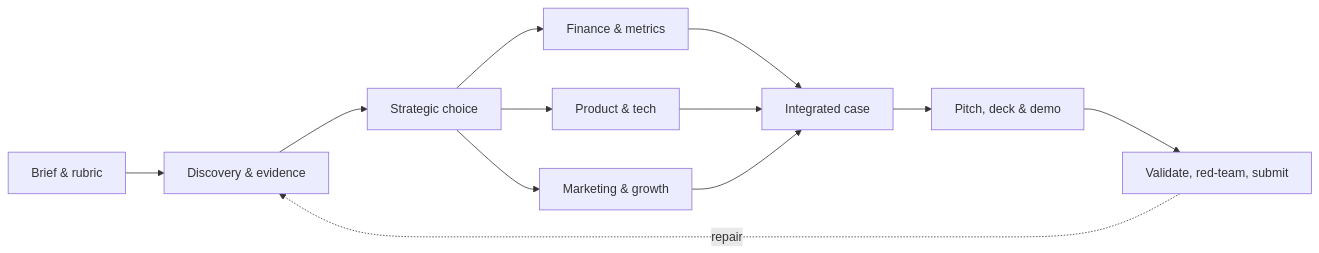
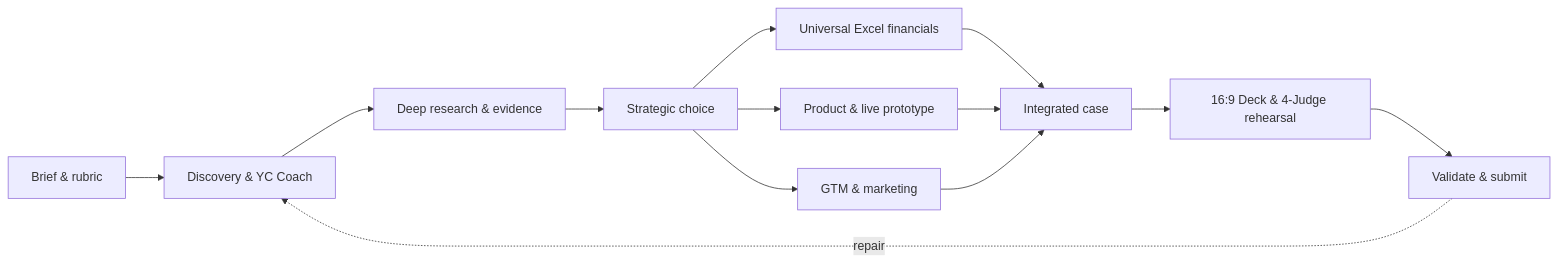
The diagram in README.md (Faeif/casekit), drawn with Mermaid before and after one commit. The commit also changed other lines of this file and 92 other files, not shown here.

````diff
--- a/README.md
+++ b/README.md
@@ -57,12 +61,13 @@
 ```mermaid
 flowchart LR
-    A[Brief & rubric] --> B[Discovery & evidence]
-    B --> C[Strategic choice]
-    C --> D[Finance & metrics]
-    C --> E[Product & tech]
-    C --> F[Marketing & growth]
-    D & E & F --> G[Integrated case]
-    G --> H[Pitch, deck & demo]
-    H --> I[Validate, red-team, submit]
-    I -. repair .-> B
+    A[Brief & rubric] --> B[Discovery & YC Coach]
+    B --> C[Deep research & evidence]
+    C --> D[Strategic choice]
+    D --> E[Universal Excel financials]
+    D --> F[Product & live prototype]
+    D --> G[GTM & marketing]
+    E & F & G --> H[Integrated case]
+    H --> I[16:9 Deck & 4-Judge rehearsal]
+    I --> J[Validate & submit]
+    J -. repair .-> B
 ```
````
